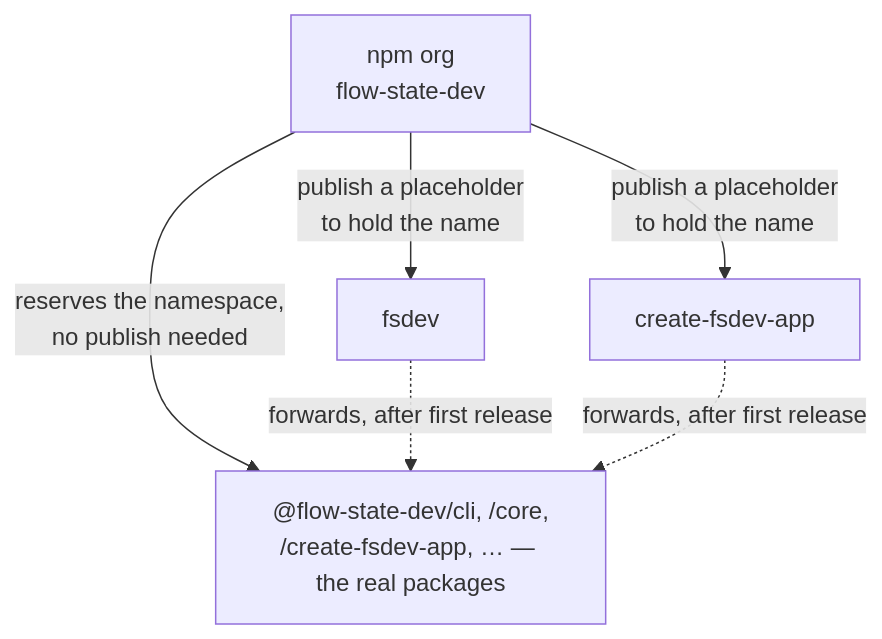
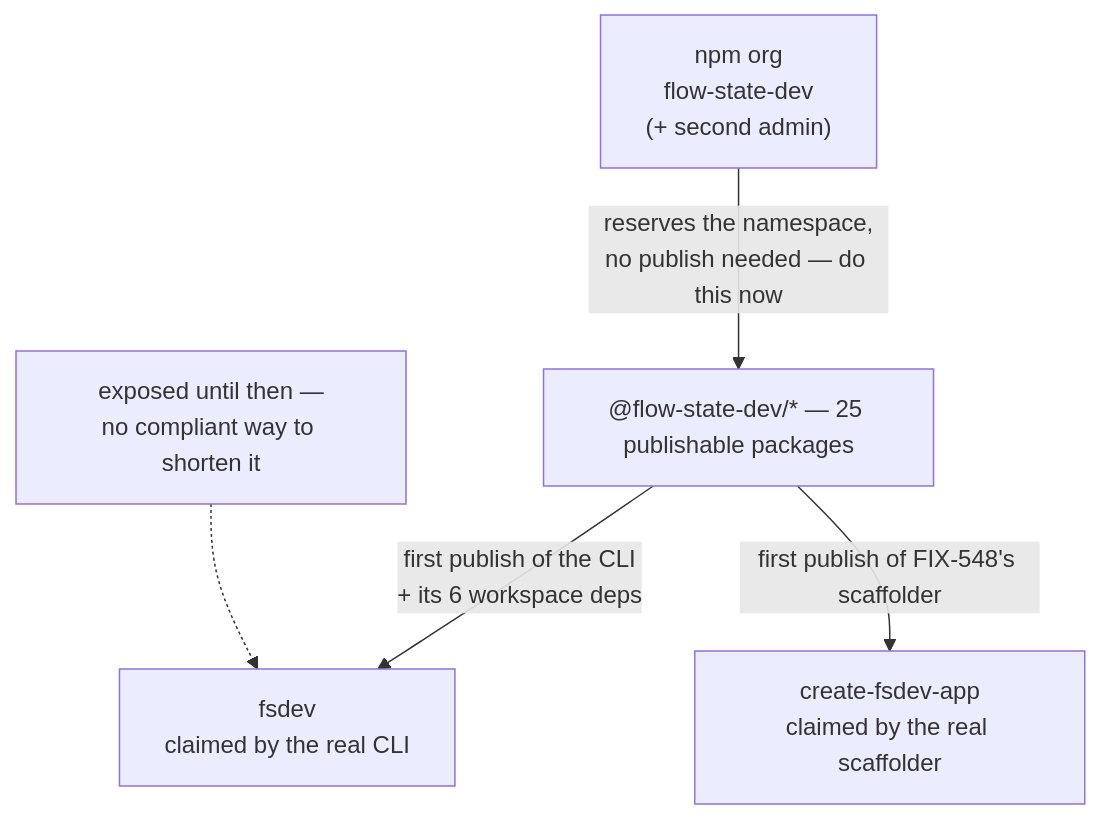
One commit to fixpoint-labs/flow-state-dev changed the diagram in spec/FIX-1162.md. Above: the diagram before and after it, drawn with Mermaid. The commit also changed other lines of this file, not shown here.

First line of the commit message:
spec(FIX-1162): drop stub-package reservation — npm terms forbid it

````diff
--- a/spec/FIX-1162.md
+++ b/spec/FIX-1162.md
@@ -162,9 +201,8 @@
 ```mermaid
 flowchart TD
-  ORG["npm org<br/>flow-state-dev"]
-  ORG -->|"reserves the namespace,<br/>no publish needed"| SCOPED["@flow-state-dev/cli, /core,<br/>/create-fsdev-app, … — the real packages"]
-  ORG -->|"publish a placeholder<br/>to hold the name"| FSDEV["fsdev"]
-  ORG -->|"publish a placeholder<br/>to hold the name"| CREATE["create-fsdev-app"]
-  FSDEV -.->|"forwards, after first release"| SCOPED
-  CREATE -.->|"forwards, after first release"| SCOPED
+  ORG["npm org<br/>flow-state-dev<br/>(+ second admin)"]
+  ORG -->|"reserves the namespace,<br/>no publish needed — do this now"| SCOPED["@flow-state-dev/* — 25 publishable packages"]
+  SCOPED -->|"first publish of the CLI<br/>+ its 6 workspace deps"| FSDEV["fsdev<br/>claimed by the real CLI"]
+  SCOPED -->|"first publish of FIX-548's scaffolder"| CREATE["create-fsdev-app<br/>claimed by the real scaffolder"]
+  EXPOSED["exposed until then —<br/>no compliant way to shorten it"] -.-> FSDEV
 ```
````
